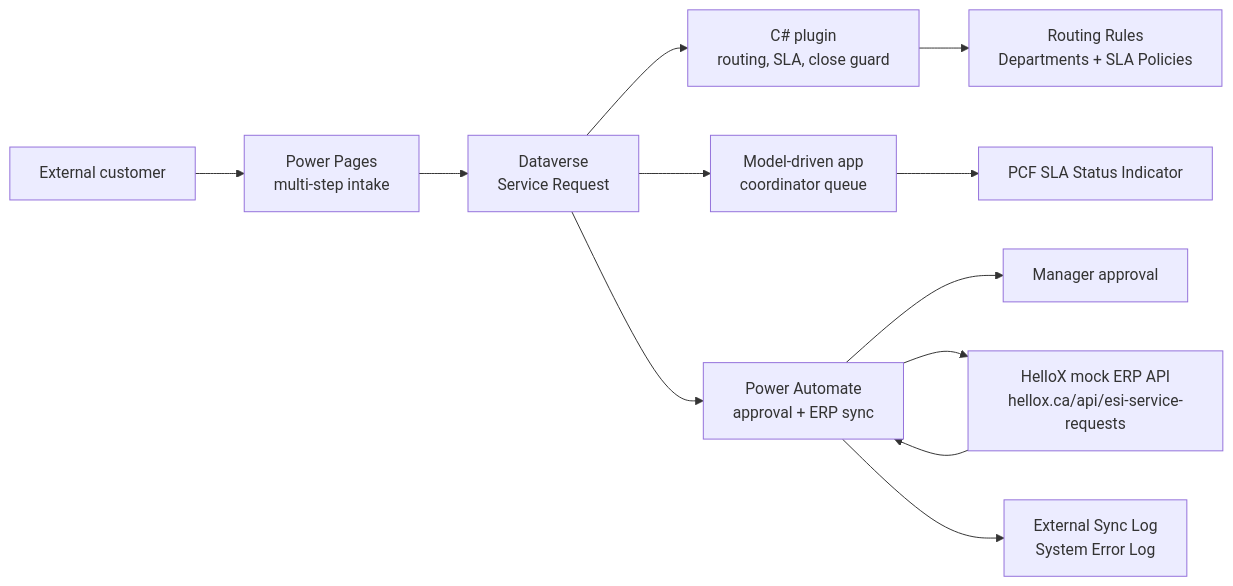
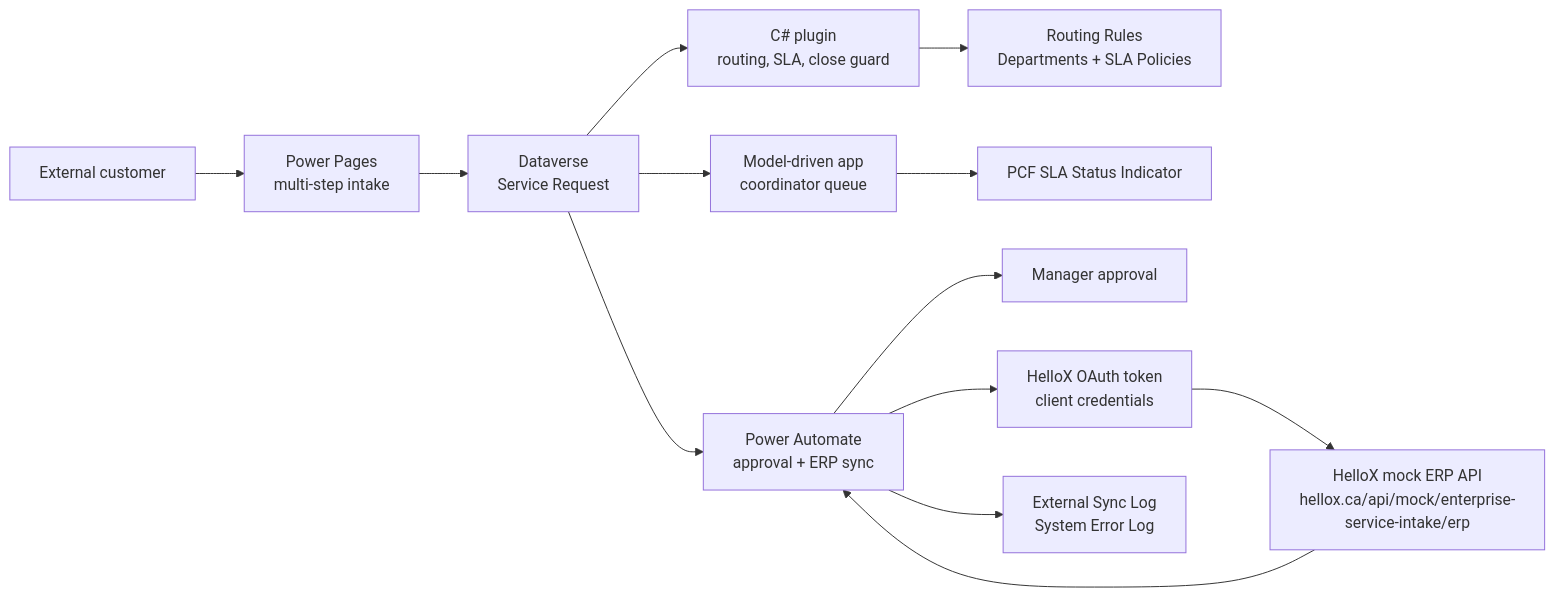
Before and after one commit to helloxtech/EnterpriseServiceIntake: the first of 2 diagrams in README.md, drawn with Mermaid. The commit also changed other lines of this file and 27 other files, not shown here.

````diff
--- a/README.md
+++ b/README.md
@@ -43,14 +44,15 @@
 ```mermaid
 flowchart LR
     Customer["External customer"] --> Pages["Power Pages\nmulti-step intake"]
     Pages --> Dataverse["Dataverse\nService Request"]
     Dataverse --> Plugin["C# plugin\nrouting, SLA, close guard"]
     Plugin --> Rules["Routing Rules\nDepartments + SLA Policies"]
     Dataverse --> App["Model-driven app\ncoordinator queue"]
     Dataverse --> Flow["Power Automate\napproval + ERP sync"]
     Flow --> Manager["Manager approval"]
-    Flow --> Api["HelloX mock ERP API\nhellox.ca/api/esi-service-requests"]
+    Flow --> Token["HelloX OAuth token\nclient credentials"]
+    Token --> Api["HelloX mock ERP API\nhellox.ca/api/mock/enterprise-service-intake/erp"]
     Api --> Flow
     Flow --> Logs["External Sync Log\nSystem Error Log"]
     App --> PCF["PCF SLA Status Indicator"]
 ```
````
